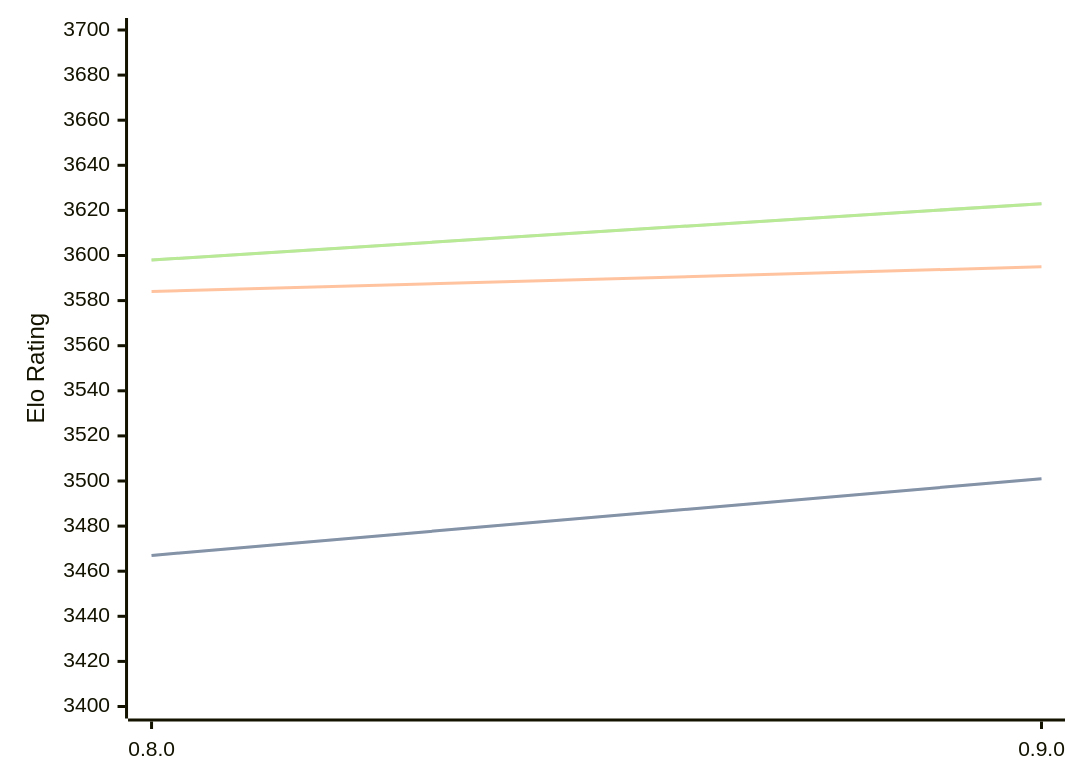
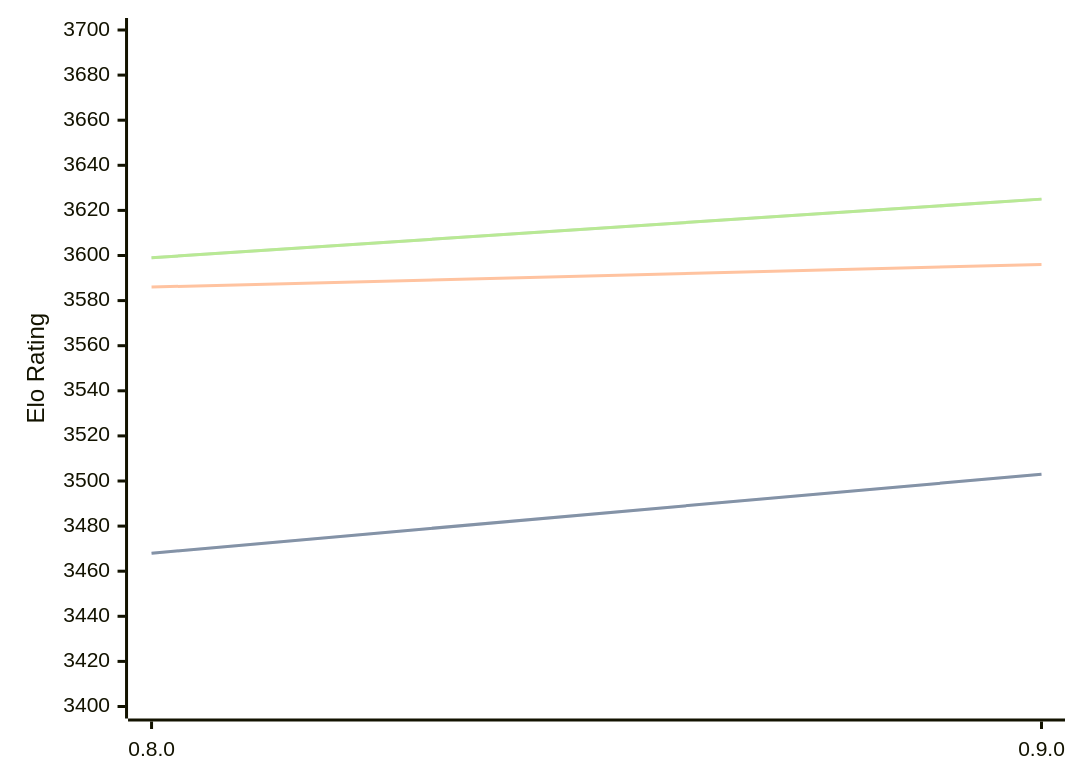
One commit to computer-chess-index/cci changed the diagram in engines/Reckless.md. Above: the diagram before and after it, drawn with Mermaid. The commit also changed other lines of this file, not shown here.

Commit message:
Update CCI Ratings (ELO VLTC) - 2026-04-11

````diff
--- a/engines/Reckless.md
+++ b/engines/Reckless.md
@@ -39,11 +39,11 @@
 ```mermaid
 %%{init: {"theme":"base","themeVariables":{"seriesColors:['#a3a3a3','#222221','#faa371']}}}%%
 xychart-beta
   x-axis ["0.8.0", "0.9.0"]
   y-axis "Elo Rating" 3400 --> 3700
-  line "STC (8.0+0.08s)" [3467, 3501]
-  line "STC (8.0+0.08s)" [3467, 3501]
-  line "LTC (60.0+0.60s)" [3584, 3595]
-  line "VLTC (2m24s+1.12s)" [3598, 3623]
-  line "VLTC (2m24s+1.12s)" [3598, 3623]
+  line "STC (8.0+0.08s)" [3468, 3503]
+  line "STC (8.0+0.08s)" [3468, 3503]
+  line "LTC (60.0+0.60s)" [3586, 3596]
+  line "VLTC (2m24s+1.12s)" [3599, 3625]
+  line "VLTC (2m24s+1.12s)" [3599, 3625]
 ```
````
